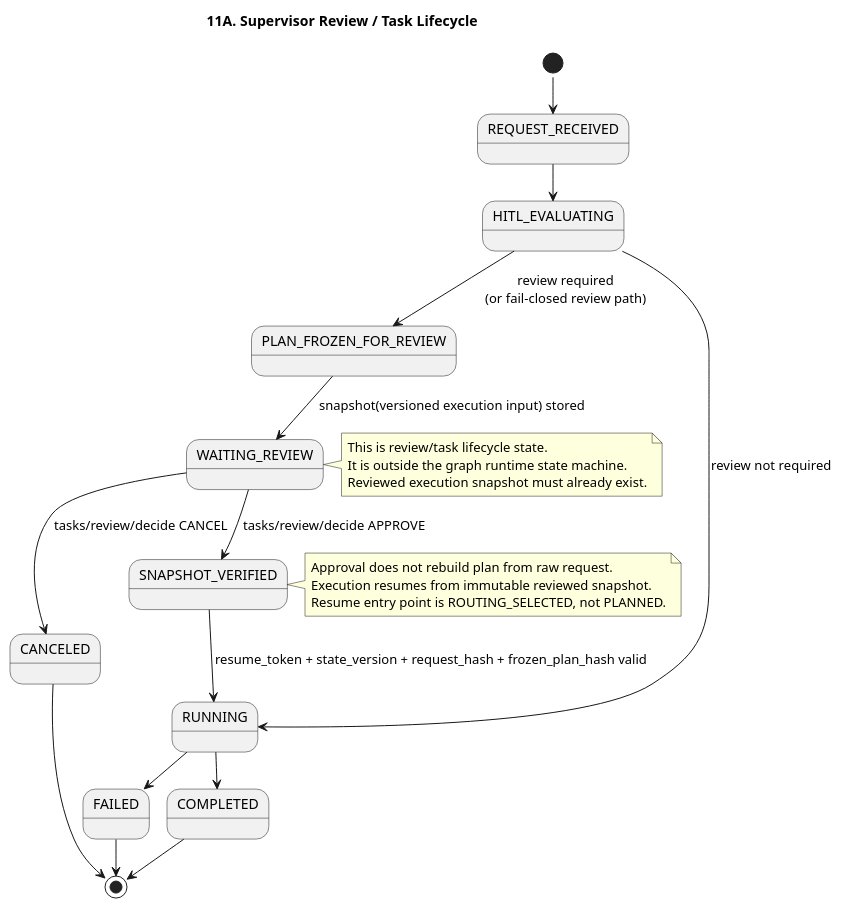
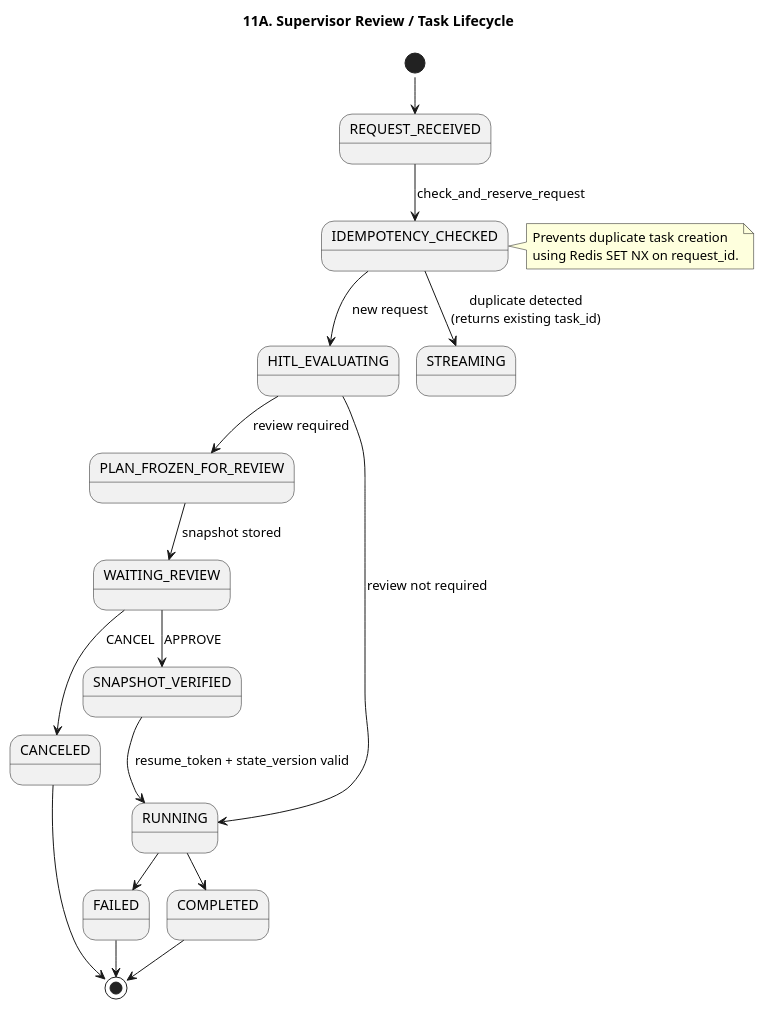
One commit to kim57uak/smart-supervisor-sub-agent changed the first of 2 diagrams in a2a-host_agent-architecture/11-supervisor-state-machine.puml. Above: the diagram before and after it, drawn with PlantUML. The commit also changed other lines of this file and 197 other files, not shown here.

```diff
--- a/a2a-host_agent-architecture/11-supervisor-state-machine.puml
+++ b/a2a-host_agent-architecture/11-supervisor-state-machine.puml
@@ -1,34 +1,30 @@
 @startuml
 !pragma layout smetana
 title 11A. Supervisor Review / Task Lifecycle
 
 skinparam shadowing false
 
 [*] --> REQUEST_RECEIVED
-REQUEST_RECEIVED --> HITL_EVALUATING
-HITL_EVALUATING --> PLAN_FROZEN_FOR_REVIEW : review required\n(or fail-closed review path)
+REQUEST_RECEIVED --> IDEMPOTENCY_CHECKED : check_and_reserve_request
+IDEMPOTENCY_CHECKED --> HITL_EVALUATING : new request
+IDEMPOTENCY_CHECKED --> STREAMING : duplicate detected\n(returns existing task_id)
+
+HITL_EVALUATING --> PLAN_FROZEN_FOR_REVIEW : review required
 HITL_EVALUATING --> RUNNING : review not required
-PLAN_FROZEN_FOR_REVIEW --> WAITING_REVIEW : snapshot(versioned execution input) stored
+PLAN_FROZEN_FOR_REVIEW --> WAITING_REVIEW : snapshot stored
 
-WAITING_REVIEW --> SNAPSHOT_VERIFIED : tasks/review/decide APPROVE
-WAITING_REVIEW --> CANCELED : tasks/review/decide CANCEL
-SNAPSHOT_VERIFIED --> RUNNING : resume_token + state_version + request_hash + frozen_plan_hash valid
+WAITING_REVIEW --> SNAPSHOT_VERIFIED : APPROVE
+WAITING_REVIEW --> CANCELED : CANCEL
+SNAPSHOT_VERIFIED --> RUNNING : resume_token + state_version valid
 RUNNING --> COMPLETED
 RUNNING --> FAILED
 
 CANCELED --> [*]
 COMPLETED --> [*]
 FAILED --> [*]
 
-note right of WAITING_REVIEW
-This is review/task lifecycle state.
-It is outside the graph runtime state machine.
-Reviewed execution snapshot must already exist.
-end note
-
-note right of SNAPSHOT_VERIFIED
-Approval does not rebuild plan from raw request.
-Execution resumes from immutable reviewed snapshot.
-Resume entry point is ROUTING_SELECTED, not PLANNED.
+note right of IDEMPOTENCY_CHECKED
+Prevents duplicate task creation 
+using Redis SET NX on request_id.
 end note
 @enduml
```
